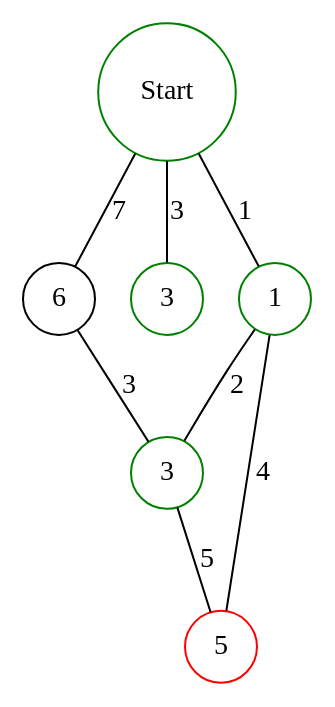
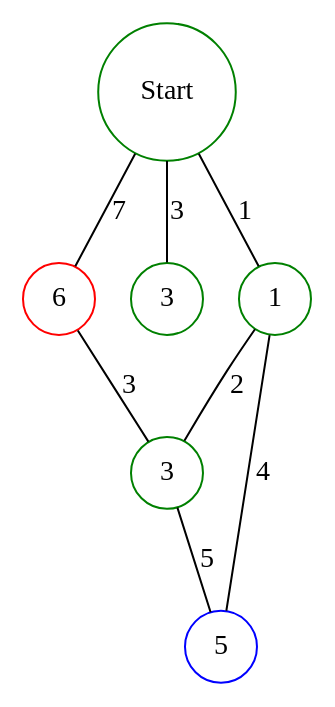
Before and after one commit to jdymacek/graph-theory-notes: the diagram in Chapter2/n-dijkstra5.dot, drawn with Graphviz. The commit also changed 15 other files, not shown here.

```diff
--- a/Chapter2/n-dijkstra5.dot
+++ b/Chapter2/n-dijkstra5.dot
@@ -1,20 +1,20 @@
 graph G {
     node[shape=circle, width=0.5]
     A [pos="1,2!", label="Start", color="green"]
-    B [pos="5,2!", label="6", color=""]
+    B [pos="5,2!", label="6", color="red"]
     C [pos="0,0!", label="3", color="green"]
     D [pos="3,0!", label="1", color="green"]
     E [pos="7,0!", label="3", color="green"]
-    F [pos="2,-2!", label="5", color="red"]
+    F [pos="2,-2!", label="5", color="blue"]
     
     A -- B [label="7"]
     A -- C [label="3"]
     A -- D [label="1"]
     
     B -- E [label="3"]
     
     D -- E [label="2"]
     D -- F [label="4"]
     
     E -- F [label="5"]
 }
```
